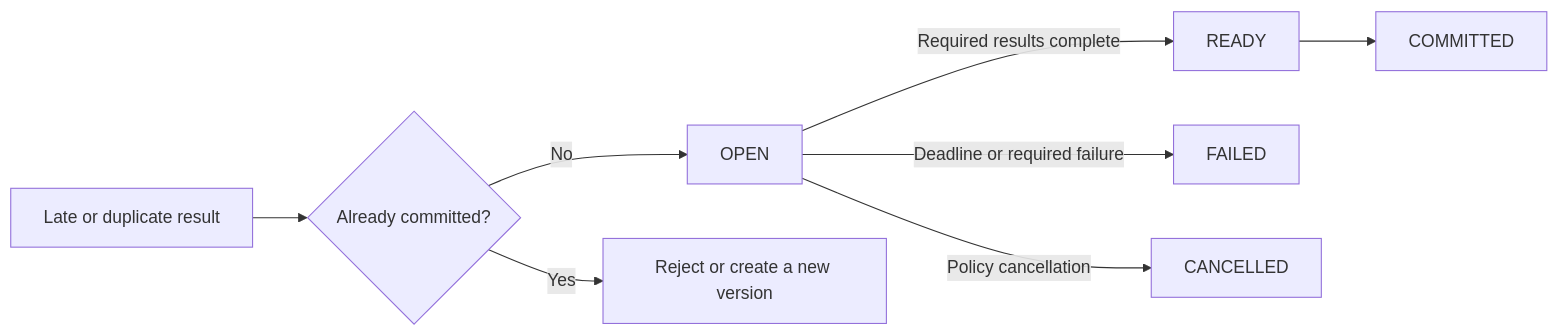
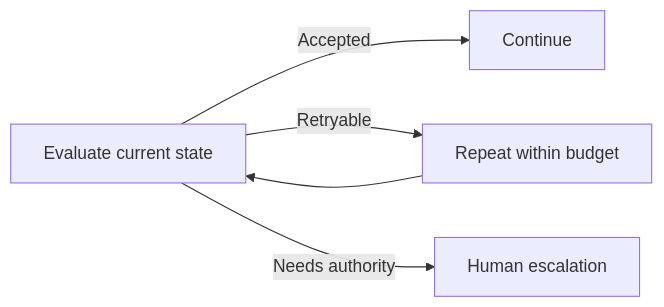
Before and after one commit to Herbertcuba/herbertcuba-personal-blog: the third of 4 diagrams in src/drafts/df3f4646.md, drawn with Mermaid. The commit also changed other lines of this file, not shown here.

Commit message:
draft(t_3af0b546): Use a Pipeline Until the Work Proves It Needs a Graph

````diff
--- a/src/drafts/df3f4646.md
+++ b/src/drafts/df3f4646.md
@@ -45,10 +67,7 @@
 ```mermaid
 flowchart LR
-    O[OPEN] -->|Required results complete| R[READY]
-    O -->|Deadline or required failure| F[FAILED]
-    O -->|Policy cancellation| X[CANCELLED]
-    R --> C[COMMITTED]
-    L[Late or duplicate result] --> Q{Already committed?}
-    Q -->|Yes| V[Reject or create a new version]
-    Q -->|No| O
+    E[Evaluate current state] -->|Accepted| N[Continue]
+    E -->|Retryable| R[Repeat within budget]
+    R --> E
+    E -->|Needs authority| H[Human escalation]
 ```
````
